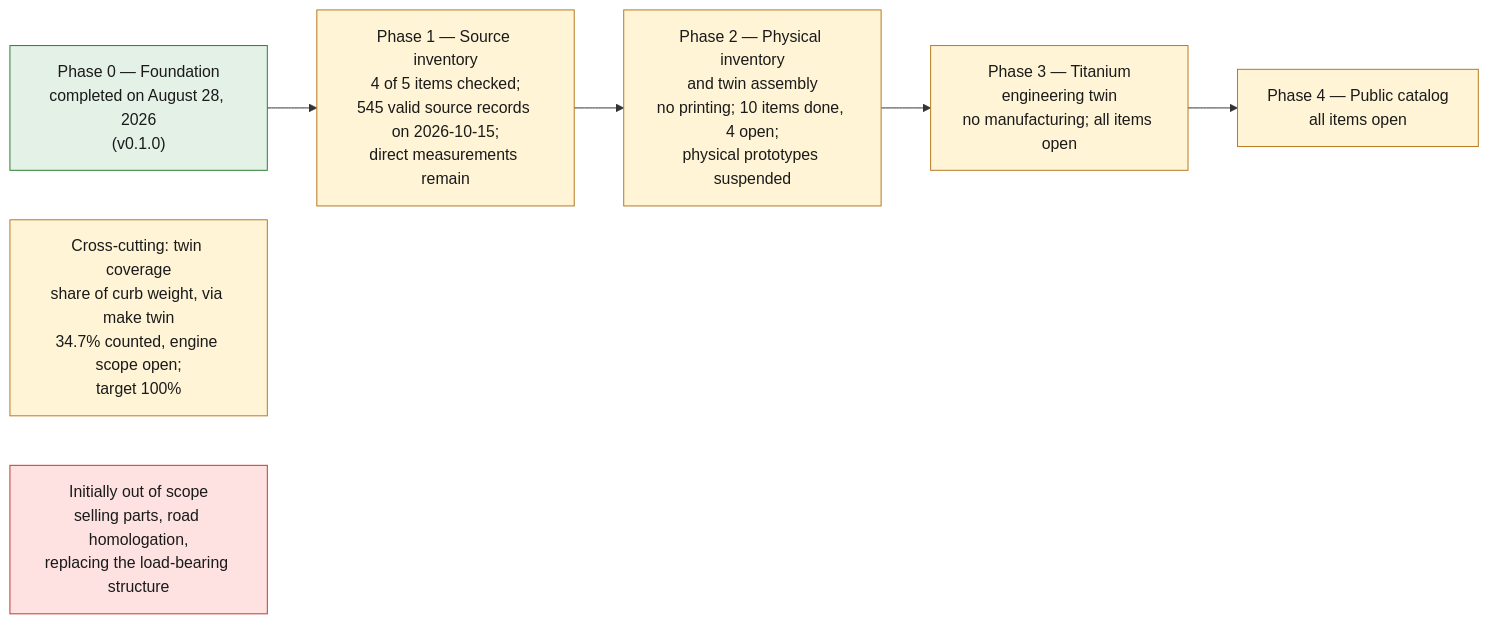
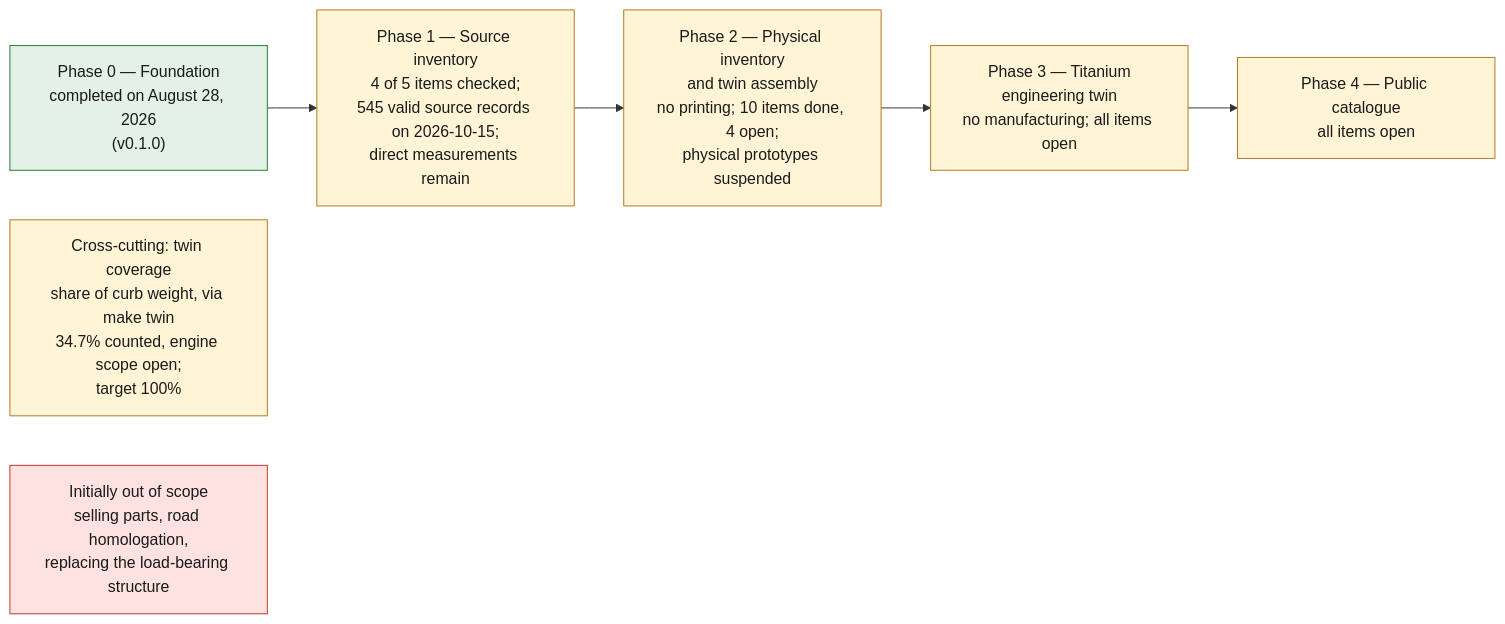
Before and after one commit to cluster2600/porscheparts: the diagram in docs/ROADMAP.md, drawn with Mermaid. The commit also changed other lines of this file and 480 other files, not shown here.

````diff
--- a/docs/ROADMAP.md
+++ b/docs/ROADMAP.md
@@ -5,14 +5,14 @@
 ```mermaid
 flowchart LR
     P0["Phase 0 — Foundation<br/>completed on August 28, 2026<br/>(v0.1.0)"]:::ok
     P1["Phase 1 — Source inventory<br/>4 of 5 items checked;<br/>545 valid source records on 2026-10-15;<br/>direct measurements remain"]:::open
     P2["Phase 2 — Physical inventory<br/>and twin assembly<br/>no printing; 10 items done, 4 open;<br/>physical prototypes suspended"]:::open
     P3["Phase 3 — Titanium<br/>engineering twin<br/>no manufacturing; all items open"]:::open
-    P4["Phase 4 — Public catalog<br/>all items open"]:::open
+    P4["Phase 4 — Public catalogue<br/>all items open"]:::open
     P0 --> P1 --> P2 --> P3 --> P4
     COV["Cross-cutting: twin coverage<br/>share of curb weight, via make twin<br/>34.7% counted, engine scope open;<br/>target 100%"]:::open
     OUT["Initially out of scope<br/>selling parts, road homologation,<br/>replacing the load-bearing structure"]:::stop
     classDef stop fill:#fde2e1,stroke:#c0392b,color:#1a1a1a;
     classDef ok fill:#e3f1e6,stroke:#2e7d32,color:#1a1a1a;
     classDef open fill:#fff4d6,stroke:#b7791f,color:#1a1a1a;
 ```
````
